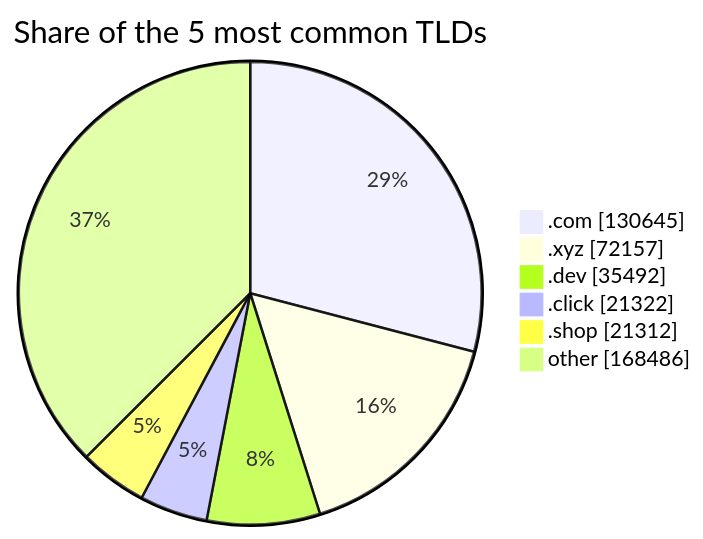
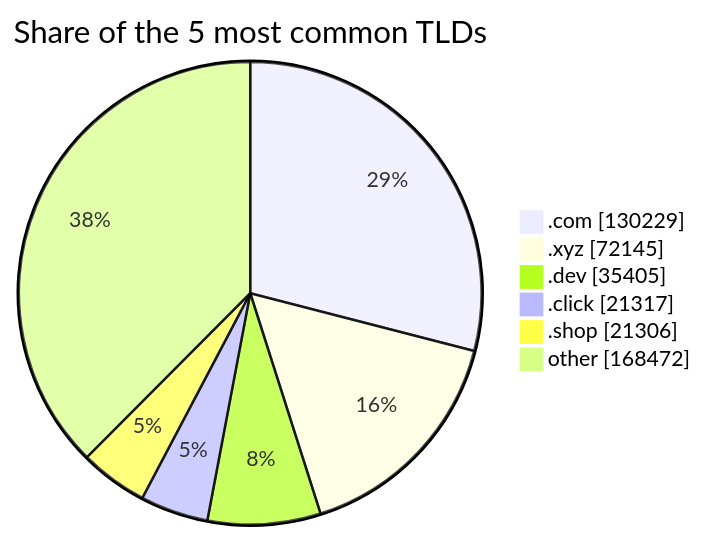
One commit to DNSBunker/CTI changed the third of 3 diagrams in README.md. Above: the diagram before and after it, drawn with Mermaid. The commit also changed other lines of this file and 3 other files, not shown here.

````diff
--- a/README.md
+++ b/README.md
@@ -81,9 +81,9 @@
 ```mermaid
 pie showData title Share of the 5 most common TLDs
-    ".com" : 130645
-    ".xyz" : 72157
-    ".dev" : 35492
-    ".click" : 21322
-    ".shop" : 21312
-    "other" : 168486
+    ".com" : 130229
+    ".xyz" : 72145
+    ".dev" : 35405
+    ".click" : 21317
+    ".shop" : 21306
+    "other" : 168472
 ```
````
